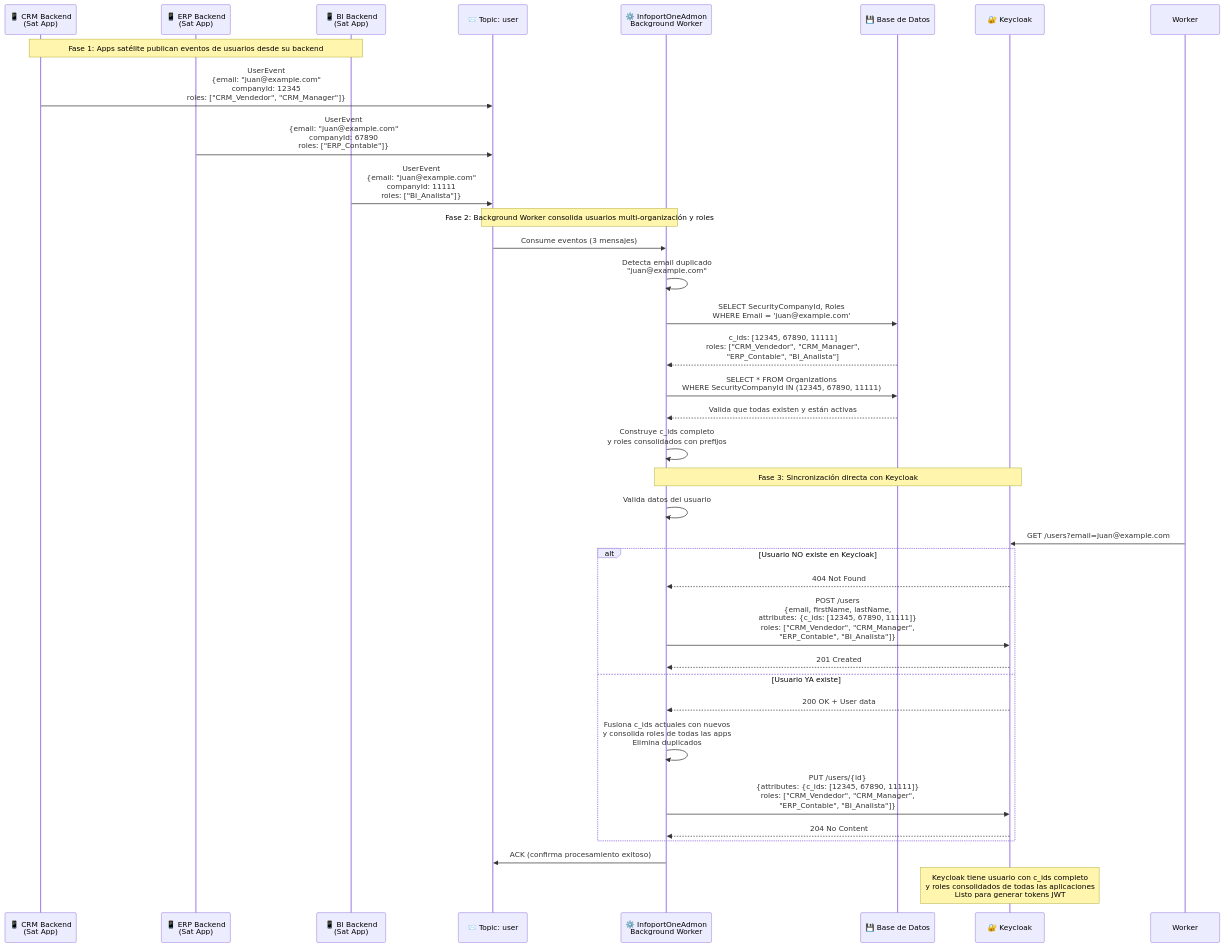
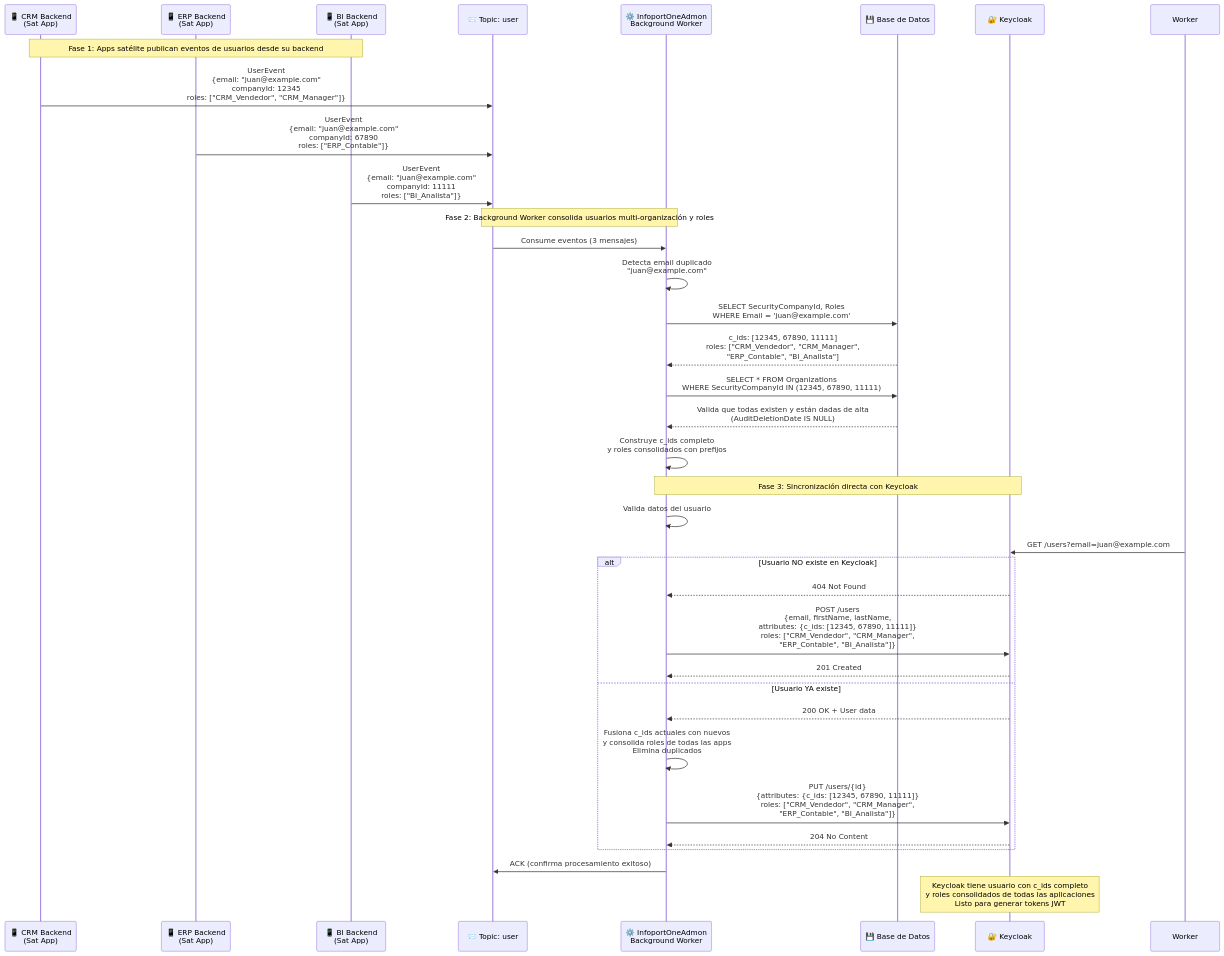
Before and after one commit to malbert-infoport/AI4Devs: the fourth of 7 diagrams in readme.md, drawn with Mermaid. The commit also changed other lines of this file and 93 other files, not shown here.

````diff
--- a/readme.md
+++ b/readme.md
@@ -1000,50 +992,50 @@
 ```mermaid
 sequenceDiagram
     participant CRM as 📱 CRM Backend<br/>(Sat App)
     participant ERP as 📱 ERP Backend<br/>(Sat App)
     participant BI as 📱 BI Backend<br/>(Sat App)
     participant TopicUser as 📨 Topic: user
     participant BGWorker as ⚙️ InfoportOneAdmon<br/>Background Worker
     participant DB as 💾 Base de Datos
     participant KC as 🔐 Keycloak
 
     Note over CRM,BI: Fase 1: Apps satélite publican eventos de usuarios desde su backend
     
     CRM->>TopicUser: UserEvent<br/>{email: "juan@example.com"<br/>companyId: 12345<br/>roles: ["CRM_Vendedor", "CRM_Manager"]}
     ERP->>TopicUser: UserEvent<br/>{email: "juan@example.com"<br/>companyId: 67890<br/>roles: ["ERP_Contable"]}
     BI->>TopicUser: UserEvent<br/>{email: "juan@example.com"<br/>companyId: 11111<br/>roles: ["BI_Analista"]}
     
     Note over TopicUser,BGWorker: Fase 2: Background Worker consolida usuarios multi-organización y roles
     
     TopicUser->>BGWorker: Consume eventos (3 mensajes)
     BGWorker->>BGWorker: Detecta email duplicado<br/>"juan@example.com"
     
     BGWorker->>DB: SELECT SecurityCompanyId, Roles<br/>WHERE Email = 'juan@example.com'
     DB-->>BGWorker: c_ids: [12345, 67890, 11111]<br/>roles: ["CRM_Vendedor", "CRM_Manager",<br/>"ERP_Contable", "BI_Analista"]
     
     BGWorker->>DB: SELECT * FROM Organizations<br/>WHERE SecurityCompanyId IN (12345, 67890, 11111)
-    DB-->>BGWorker: Valida que todas existen y están activas
+    DB-->>BGWorker: Valida que todas existen y están dadas de alta<br/>(AuditDeletionDate IS NULL)
     
     BGWorker->>BGWorker: Construye c_ids completo<br/>y roles consolidados con prefijos
     
     Note over BGWorker,KC: Fase 3: Sincronización directa con Keycloak
     
     BGWorker->>BGWorker: Valida datos del usuario
     
     Worker->>KC: GET /users?email=juan@example.com
     
     alt Usuario NO existe en Keycloak
         KC-->>BGWorker: 404 Not Found
         BGWorker->>KC: POST /users<br/>{email, firstName, lastName,<br/>attributes: {c_ids: [12345, 67890, 11111]}<br/>roles: ["CRM_Vendedor", "CRM_Manager",<br/>"ERP_Contable", "BI_Analista"]}
         KC-->>BGWorker: 201 Created
     else Usuario YA existe
         KC-->>BGWorker: 200 OK + User data
         BGWorker->>BGWorker: Fusiona c_ids actuales con nuevos<br/>y consolida roles de todas las apps<br/>Elimina duplicados
         BGWorker->>KC: PUT /users/{id}<br/>{attributes: {c_ids: [12345, 67890, 11111]}<br/>roles: ["CRM_Vendedor", "CRM_Manager",<br/>"ERP_Contable", "BI_Analista"]}
         KC-->>BGWorker: 204 No Content
     end
     
     BGWorker->>TopicUser: ACK (confirma procesamiento exitoso)
     
     Note over KC: Keycloak tiene usuario con c_ids completo<br/>y roles consolidados de todas las aplicaciones<br/>Listo para generar tokens JWT
 ```
````
